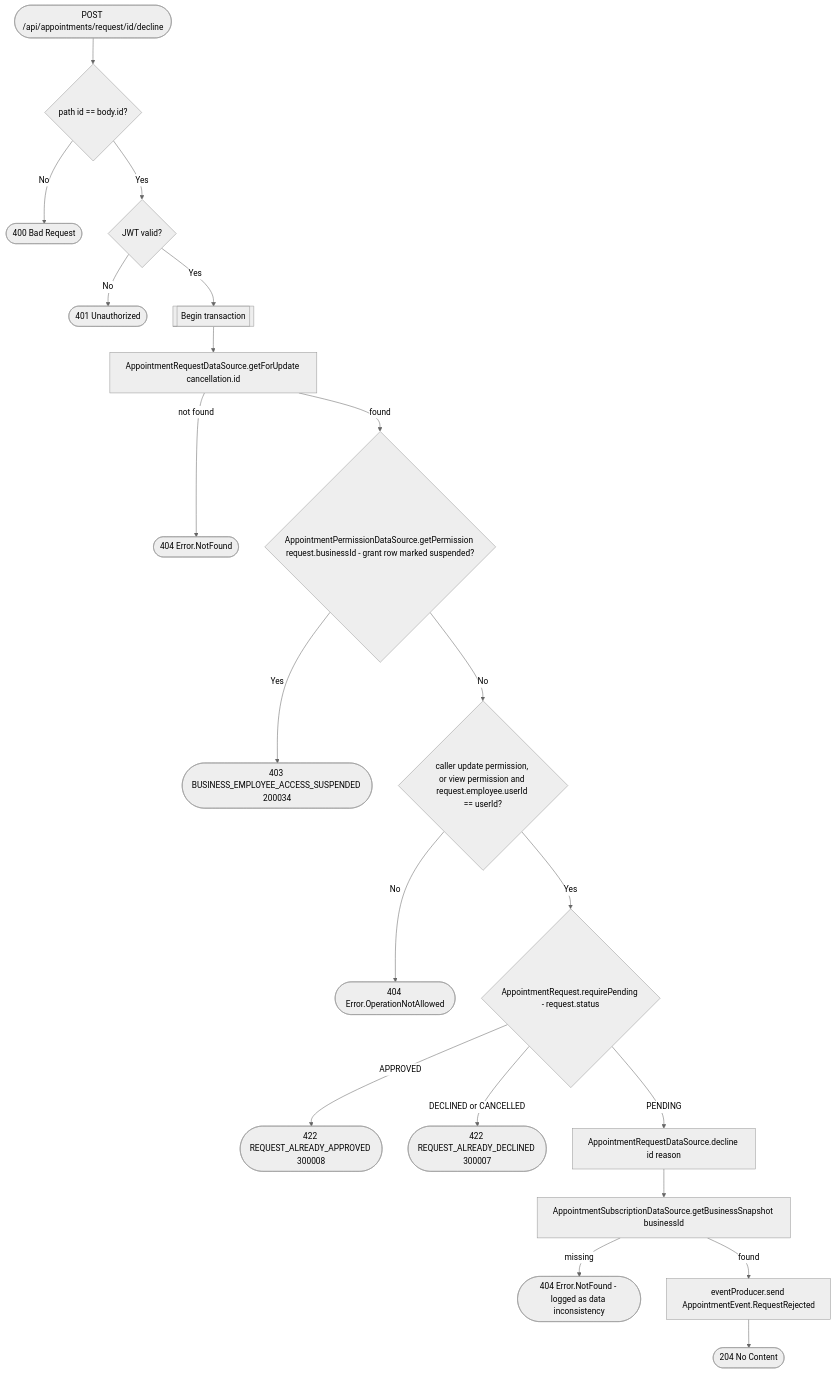
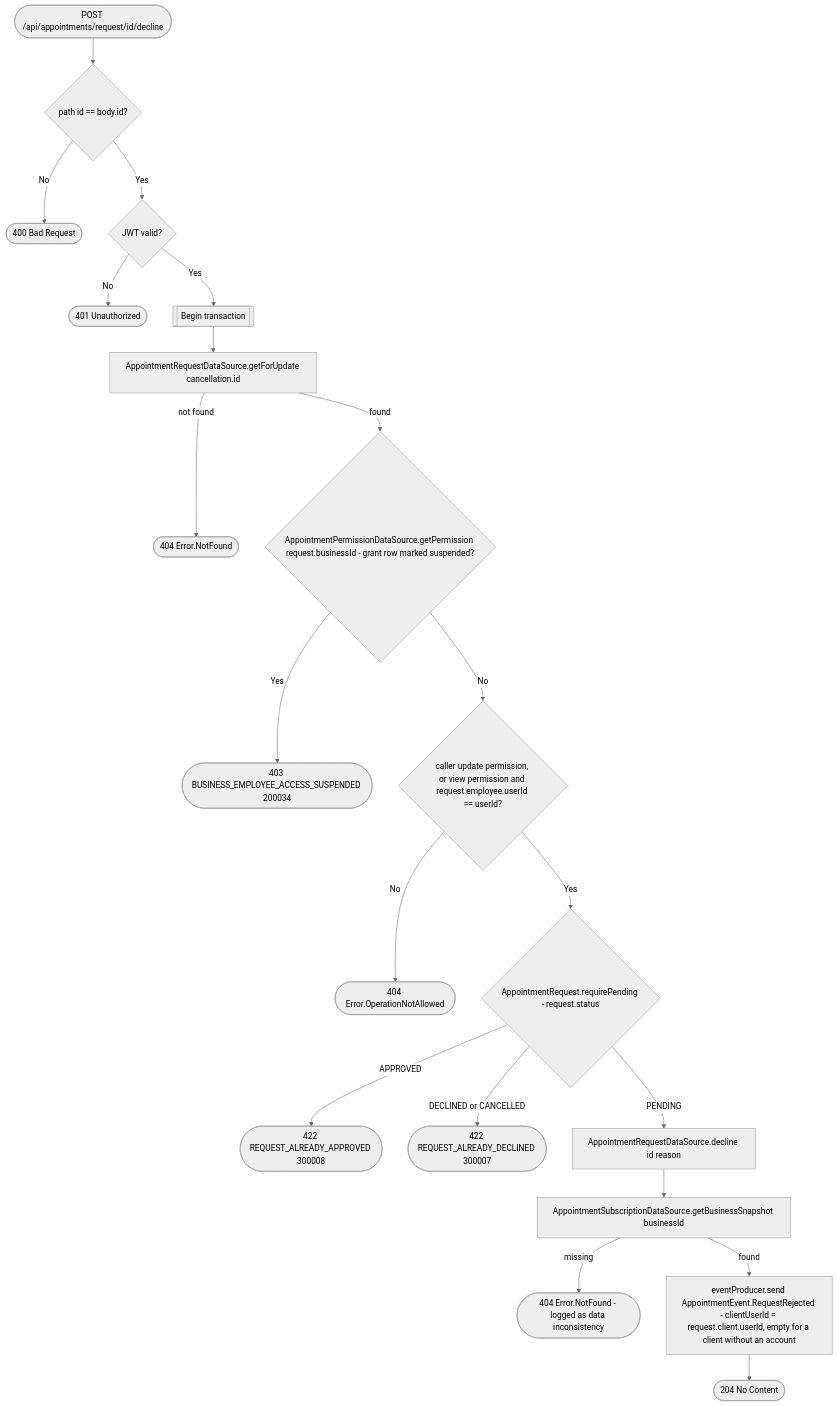
Before and after one commit to nocturneproperties/bookkme: the diagram in docs/operations/appointments/decline-appointment-request.md, drawn with Mermaid (neutral theme). The commit also changed 90 other files, not shown here.

````diff
--- a/docs/operations/appointments/decline-appointment-request.md
+++ b/docs/operations/appointments/decline-appointment-request.md
@@ -18,22 +18,22 @@
 ```mermaid
 flowchart TD
     Start([POST /api/appointments/request/id/decline]) --> PathCheck{path id == body.id?}
     PathCheck -- No --> R400([400 Bad Request])
     PathCheck -- Yes --> Auth{JWT valid?}
     Auth -- No --> R401([401 Unauthorized])
     Auth -- Yes --> Tx[[Begin transaction]]
     Tx --> Get[AppointmentRequestDataSource.getForUpdate cancellation.id]
     Get -- not found --> R404b([404 Error.NotFound])
     Get -- found --> Suspended{AppointmentPermissionDataSource.getPermission request.businessId - grant row marked suspended?}
     Suspended -- Yes --> R403s([403 BUSINESS_EMPLOYEE_ACCESS_SUSPENDED 200034])
     Suspended -- No --> Perm{caller update permission, or view permission and request.employee.userId == userId?}
     Perm -- No --> R404a([404 Error.OperationNotAllowed])
     Perm -- Yes --> Status{AppointmentRequest.requirePending - request.status}
     Status -- APPROVED --> R422a([422 REQUEST_ALREADY_APPROVED 300008])
     Status -- DECLINED or CANCELLED --> R422b([422 REQUEST_ALREADY_DECLINED 300007])
     Status -- PENDING --> Decline[AppointmentRequestDataSource.decline id reason]
     Decline --> Snapshot[AppointmentSubscriptionDataSource.getBusinessSnapshot businessId]
     Snapshot -- missing --> R404c([404 Error.NotFound - logged as data inconsistency])
-    Snapshot -- found --> Event[eventProducer.send AppointmentEvent.RequestRejected]
+    Snapshot -- found --> Event["eventProducer.send AppointmentEvent.RequestRejected - clientUserId = request.client.userId, empty for a client without an account"]
     Event --> R204([204 No Content])
 ```
````
